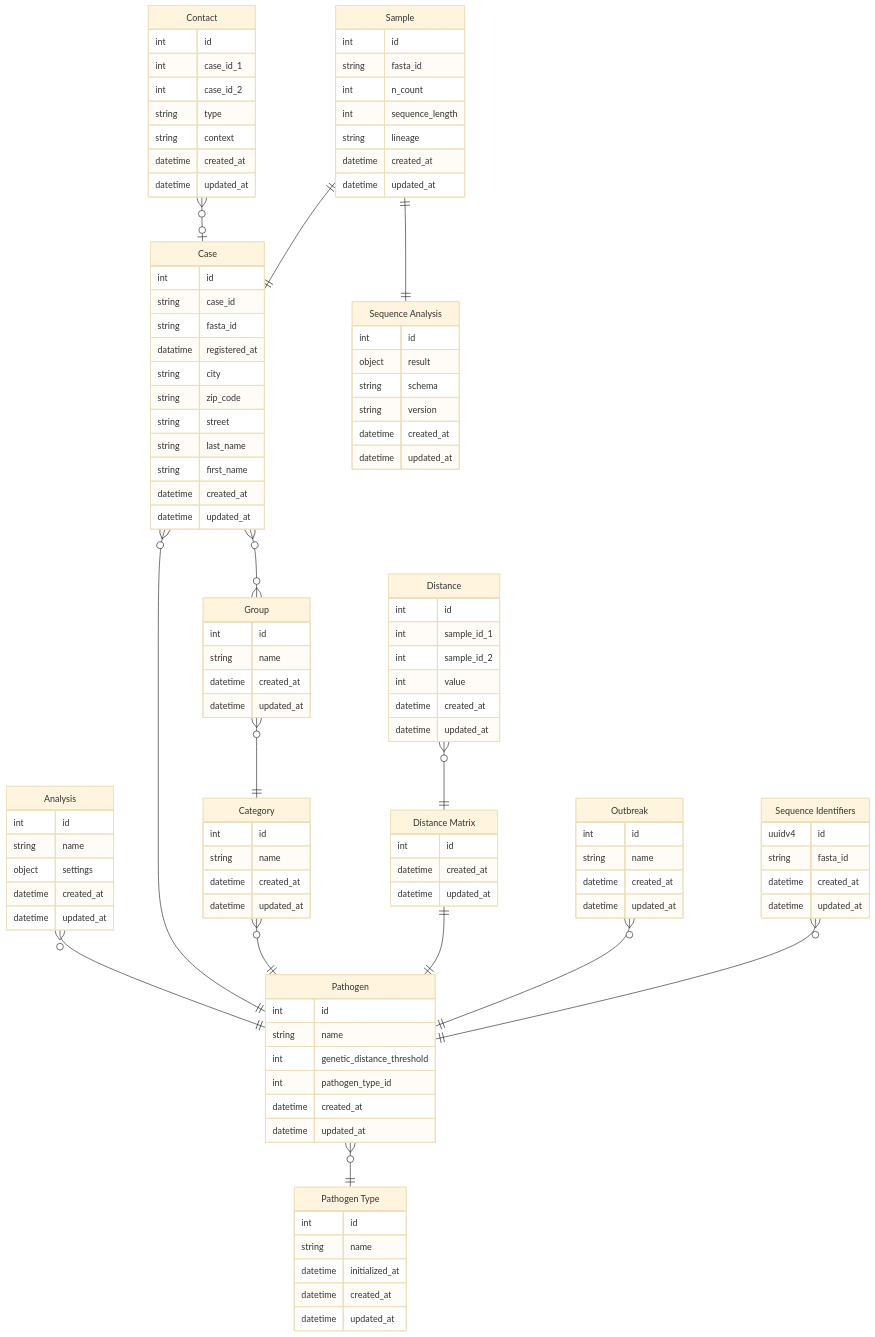
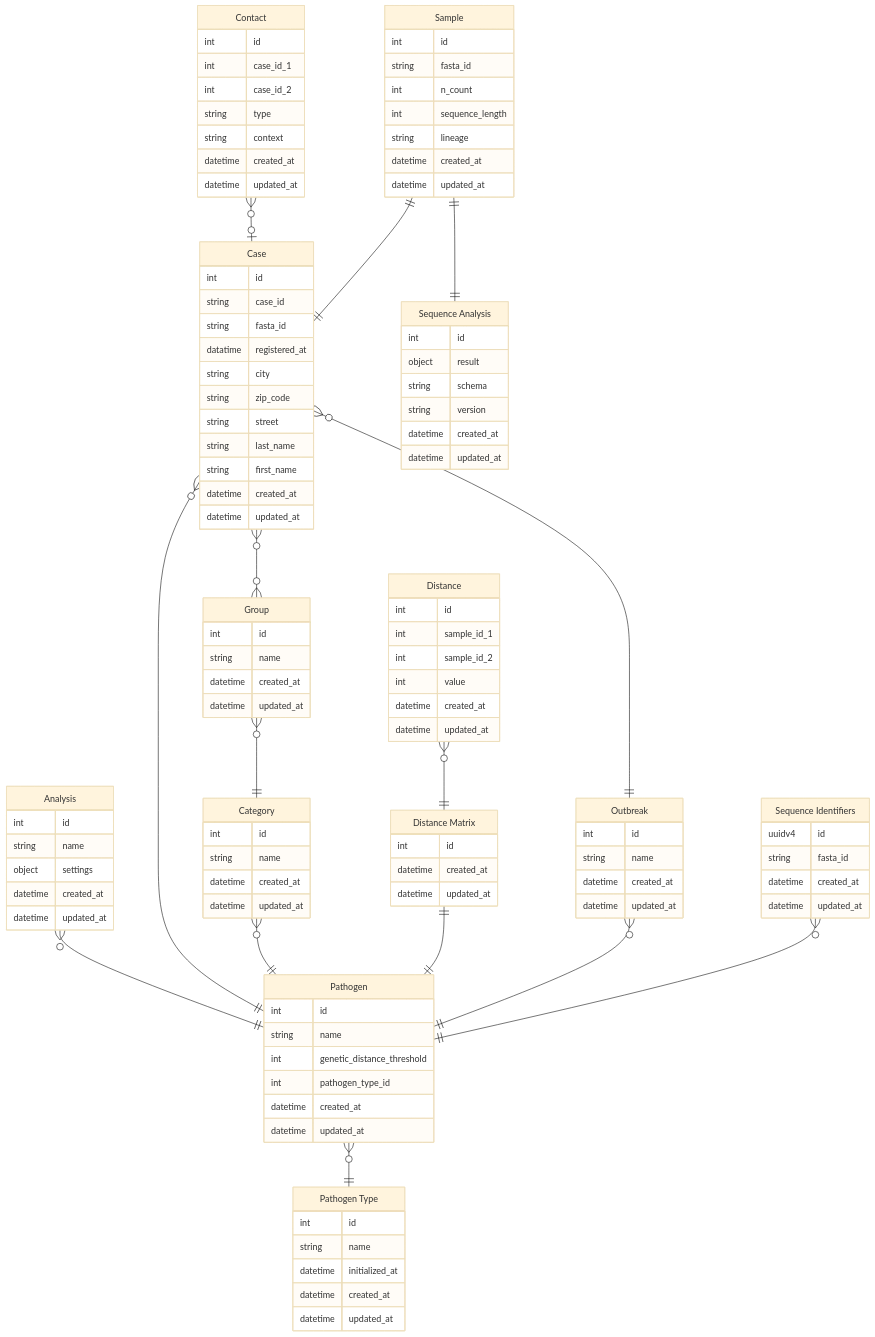
The third of 4 diagrams in documentation/docs/developers/data_management.md (DiltheyLab/GENTRAIN), drawn with Mermaid (base theme) before and after one commit. The commit also changed other lines of this file, not shown here.

Commit message:
docs: add flow chart for case data flow

```diff
--- a/documentation/docs/developers/data_management.md
+++ b/documentation/docs/developers/data_management.md
@@ -124,6 +162,7 @@
     }
     Case }o--|| Pathogen : ""
     Case }o--o{ Group : ""
+    Case }o--|| Outbreak : ""
 
     Category {
         int id
```
